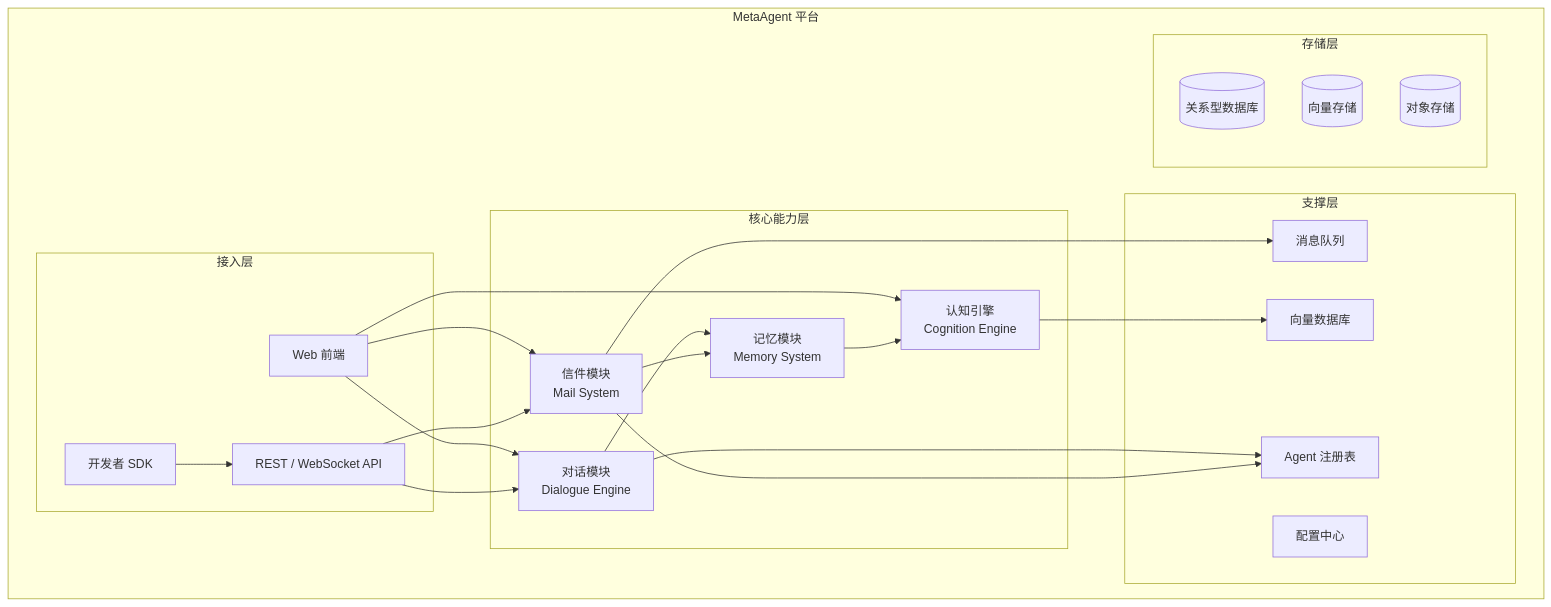
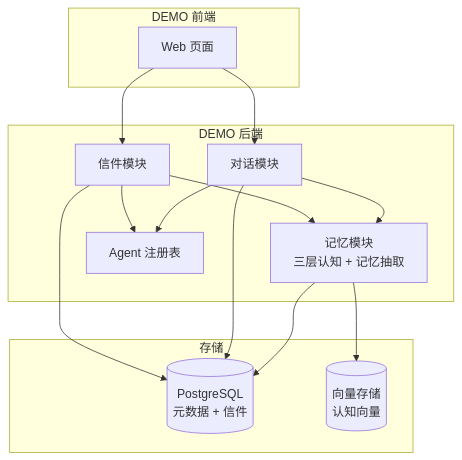
One commit to go-sailing/meta-world changed the first of 4 diagrams in docs/智能体产品设计文档.md. Above: the diagram before and after it, drawn with Mermaid. The commit also changed other lines of this file, not shown here.

````diff
--- a/docs/智能体产品设计文档.md
+++ b/docs/智能体产品设计文档.md
@@ -105,46 +64,29 @@
 ```mermaid
 graph TB
-    subgraph MetaAgent 平台
-        subgraph 接入层
-            Web端[Web 前端]
-            SDK[开发者 SDK]
-            API[REST / WebSocket API]
-        end
-
-        subgraph 核心能力层
-            对话模块[对话模块<br/>Dialogue Engine]
-            信件模块[信件模块<br/>Mail System]
-            记忆模块[记忆模块<br/>Memory System]
-            认知引擎[认知引擎<br/>Cognition Engine]
-        end
-
-        subgraph 支撑层
-            Agent注册表[Agent 注册表]
-            向量数据库[向量数据库]
-            消息队列[消息队列]
-            配置中心[配置中心]
-        end
-
-        subgraph 存储层
-            PostgreSQL[(关系型数据库)]
-            VectorStore[(向量存储)]
-            ObjectStore[(对象存储)]
-        end
+    subgraph DEMO 前端
+        Web[Web 页面]
     end
 
-    Web端 --> 对话模块
-    Web端 --> 信件模块
-    Web端 --> 认知引擎
-    SDK --> API
-    API --> 对话模块
-    API --> 信件模块
+    subgraph DEMO 后端
+        Dialog[对话模块]
+        Mail[信件模块]
+        Memory[记忆模块<br/>三层认知 + 记忆抽取]
+        Agent[Agent 注册表]
+    end
 
-    对话模块 --> 记忆模块
-    信件模块 --> 记忆模块
-    信件模块 --> 消息队列
-    记忆模块 --> 认知引擎
-    认知引擎 --> 向量数据库
+    subgraph 存储
+        PG[(PostgreSQL<br/>元数据 + 信件)]
+        Vec[(向量存储<br/>认知向量)]
+    end
 
-    对话模块 --> Agent注册表
-    信件模块 --> Agent注册表
+    Web --> Dialog
+    Web --> Mail
+    Dialog --> Memory
+    Mail --> Memory
+    Dialog --> Agent
+    Mail --> Agent
+    Memory --> PG
+    Memory --> Vec
+    Dialog --> PG
+    Mail --> PG
 ```
````
